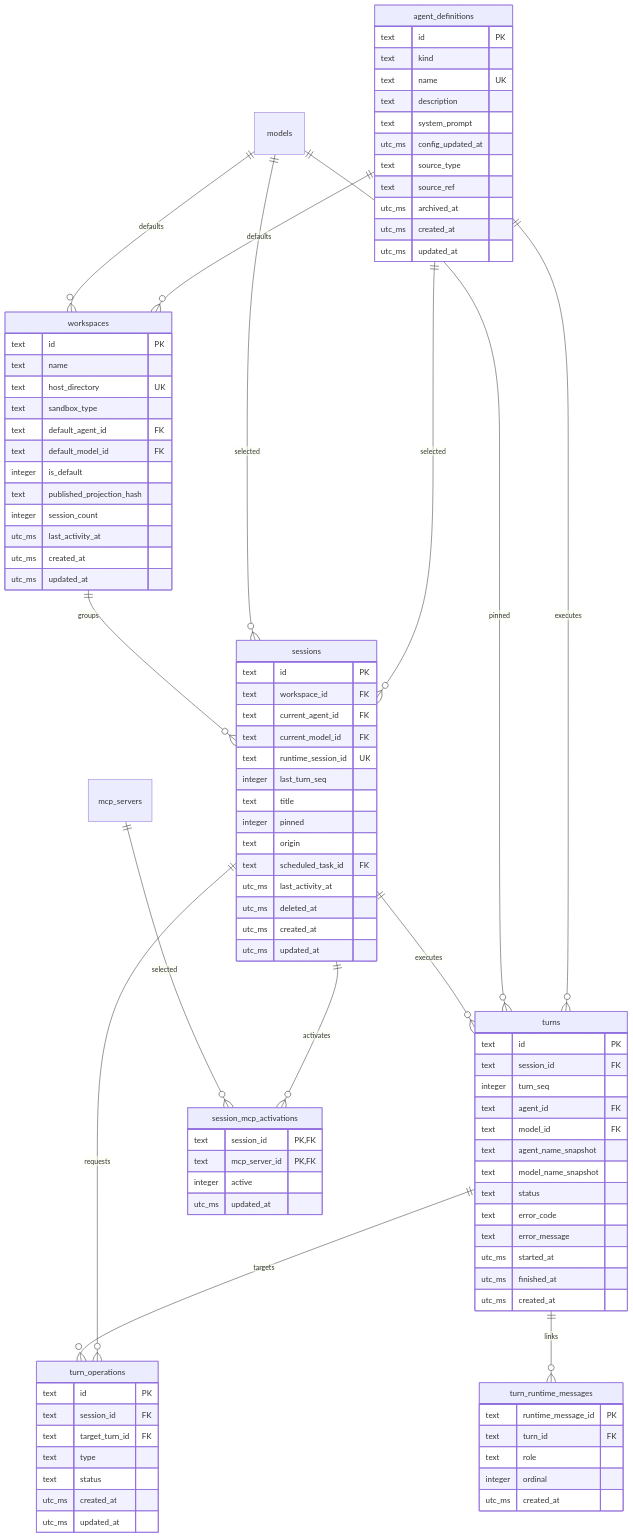
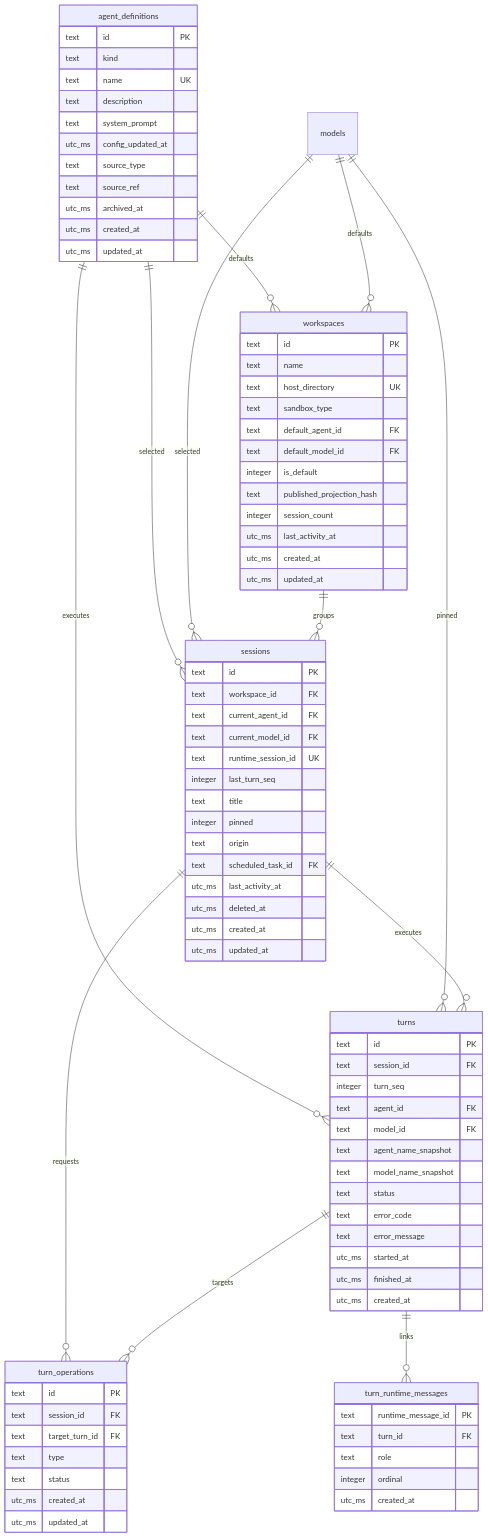
The first of 4 diagrams in docs/database-model-design.md (openeuler-mirror/witty-service), drawn with Mermaid before and after one commit. The commit also changed other lines of this file and 9 other files, not shown here.

First line of the commit message:
refactor(contract): 移除 Session MCP 激活并对齐 C02/D01

```diff
--- a/docs/database-model-design.md
+++ b/docs/database-model-design.md
@@ -113,8 +113,6 @@
     agent_definitions ||--o{ turns : executes
     models ||--o{ turns : pinned
     workspaces ||--o{ sessions : groups
-    sessions ||--o{ session_mcp_activations : activates
-    mcp_servers ||--o{ session_mcp_activations : selected
     sessions ||--o{ turns : executes
     sessions ||--o{ turn_operations : requests
     turns ||--o{ turn_operations : targets
@@ -163,12 +161,6 @@
         utc_ms created_at
         utc_ms updated_at
     }
-    session_mcp_activations {
-        text session_id PK,FK
-        text mcp_server_id PK,FK
-        integer active
-        utc_ms updated_at
-    }
     turns {
         text id PK
         text session_id FK
```
